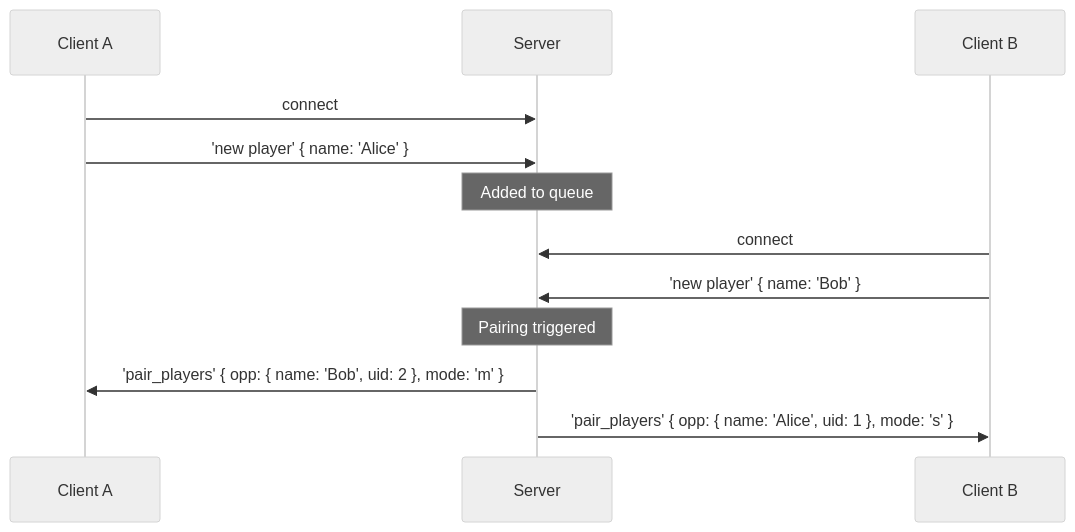
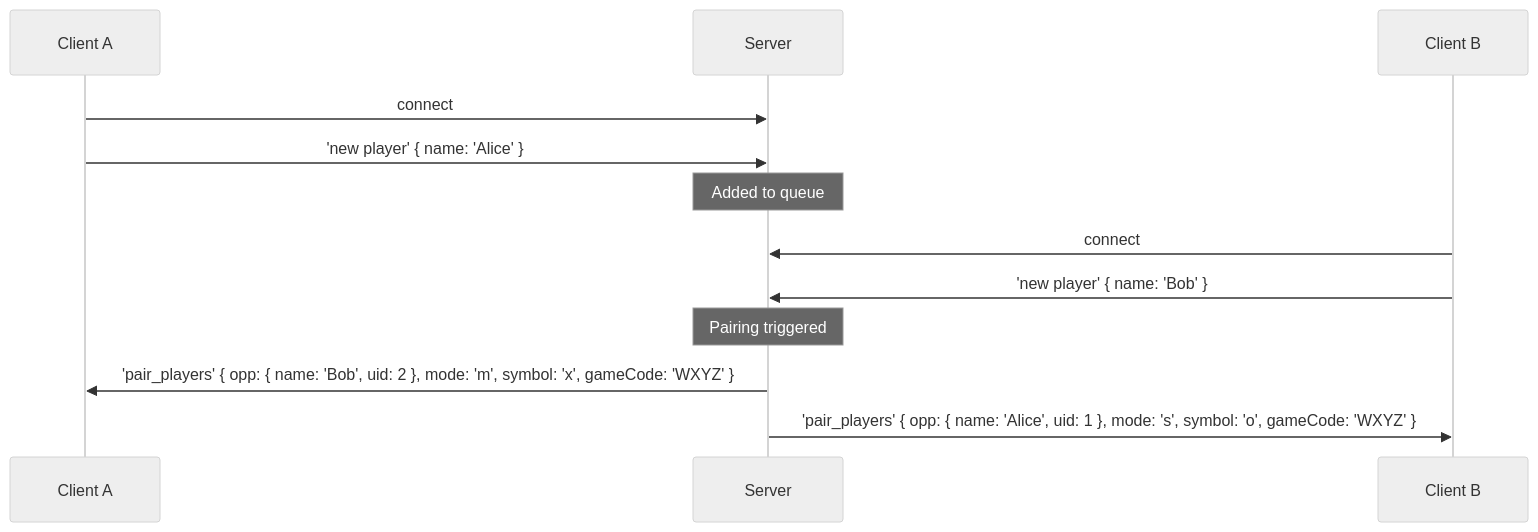
The second of 5 diagrams in WS/README.md (dmitriylogunov/X-ttt), drawn with Mermaid (neutral theme) before and after one commit. The commit also changed other lines of this file and 6 other files, not shown here.

````diff
--- a/WS/README.md
+++ b/WS/README.md
@@ -196,17 +230,17 @@
 ```mermaid
 sequenceDiagram
     participant A as Client A
     participant S as Server
     participant B as Client B
 
     A->>S: connect
     A->>S: 'new player' { name: 'Alice' }
     Note over S: Added to queue
 
     B->>S: connect
     B->>S: 'new player' { name: 'Bob' }
     Note over S: Pairing triggered
 
-    S->>A: 'pair_players' { opp: { name: 'Bob', uid: 2 }, mode: 'm' }
-    S->>B: 'pair_players' { opp: { name: 'Alice', uid: 1 }, mode: 's' }
+    S->>A: 'pair_players' { opp: { name: 'Bob', uid: 2 }, mode: 'm', symbol: 'x', gameCode: 'WXYZ' }
+    S->>B: 'pair_players' { opp: { name: 'Alice', uid: 1 }, mode: 's', symbol: 'o', gameCode: 'WXYZ' }
 ```
````
